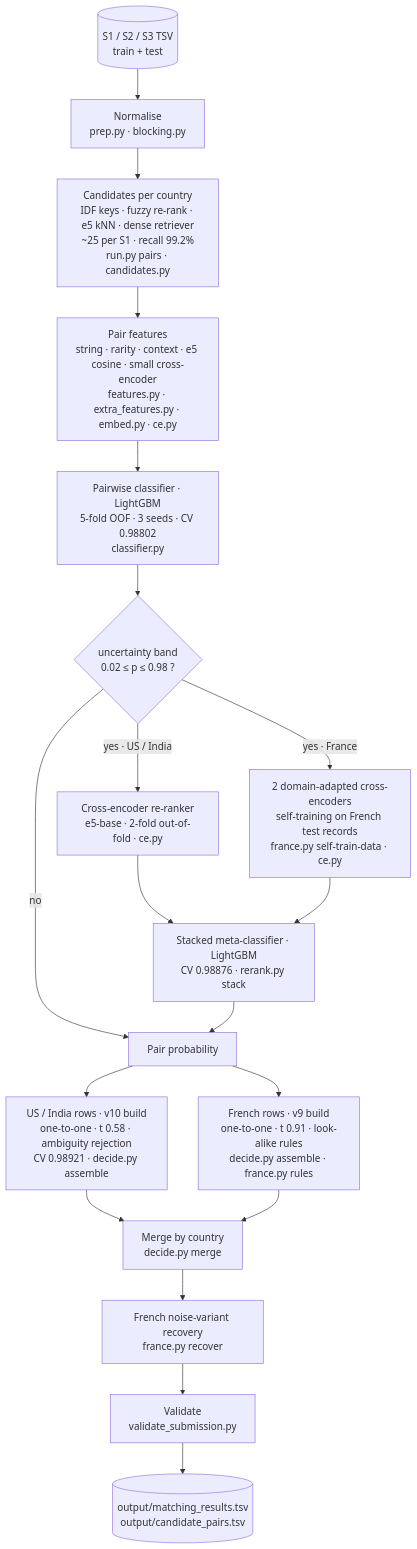
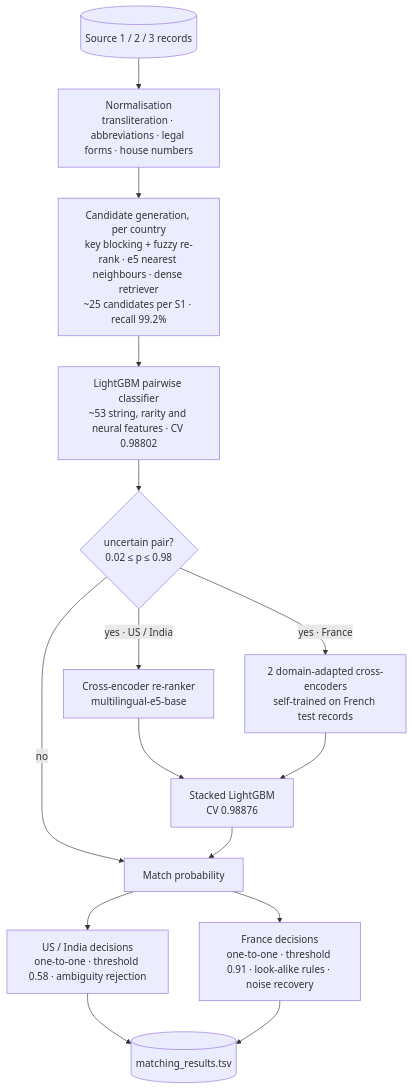
The diagram in code/business_entity_resolution/README.md (Martial-Gautam/Amazon-ML-Challenge-2026), drawn with Mermaid before and after one commit. The commit also changed other lines of this file and 1 other file, not shown here.

````diff
--- a/code/business_entity_resolution/README.md
+++ b/code/business_entity_resolution/README.md
@@ -143,21 +89,17 @@
 ```mermaid
 flowchart TD
-    A[("S1 / S2 / S3 TSV<br/>train + test")] --> B["Normalise<br/>prep.py · blocking.py"]
-    B --> C["Candidates per country<br/>IDF keys · fuzzy re-rank · e5 kNN · dense retriever<br/>~25 per S1 · recall 99.2%<br/>run.py pairs · candidates.py"]
-    C --> D["Pair features<br/>string · rarity · context · e5 cosine · small cross-encoder<br/>features.py · extra_features.py · embed.py · ce.py"]
-    D --> E["Pairwise classifier · LightGBM<br/>5-fold OOF · 3 seeds · CV 0.98802<br/>classifier.py"]
-    E --> F{"uncertainty band<br/>0.02 ≤ p ≤ 0.98 ?"}
-    F -- "no" --> K["Pair probability"]
-    F -- "yes · US / India" --> G["Cross-encoder re-ranker<br/>e5-base · 2-fold out-of-fold · ce.py"]
-    F -- "yes · France" --> H["2 domain-adapted cross-encoders<br/>self-training on French test records<br/>france.py self-train-data · ce.py"]
-    G --> I["Stacked meta-classifier · LightGBM<br/>CV 0.98876 · rerank.py stack"]
+    A[("Source 1 / 2 / 3 records")] --> B["Normalisation<br/>transliteration · abbreviations · legal forms · house numbers"]
+    B --> C["Candidate generation, per country<br/>key blocking + fuzzy re-rank · e5 nearest neighbours · dense retriever<br/>~25 candidates per S1 · recall 99.2%"]
+    C --> D["LightGBM pairwise classifier<br/>~53 string, rarity and neural features · CV 0.98802"]
+    D --> F{"uncertain pair?<br/>0.02 ≤ p ≤ 0.98"}
+    F -- "no" --> K["Match probability"]
+    F -- "yes · US / India" --> G["Cross-encoder re-ranker<br/>multilingual-e5-base"]
+    F -- "yes · France" --> H["2 domain-adapted cross-encoders<br/>self-trained on French test records"]
+    G --> I["Stacked LightGBM<br/>CV 0.98876"]
     H --> I
     I --> K
-    K --> L["US / India rows · v10 build<br/>one-to-one · t 0.58 · ambiguity rejection<br/>CV 0.98921 · decide.py assemble"]
-    K --> M["French rows · v9 build<br/>one-to-one · t 0.91 · look-alike rules<br/>decide.py assemble · france.py rules"]
-    L --> N["Merge by country<br/>decide.py merge"]
-    M --> N
-    N --> R["French noise-variant recovery<br/>france.py recover"]
-    R --> V["Validate<br/>validate_submission.py"]
-    V --> O[("output/matching_results.tsv<br/>output/candidate_pairs.tsv")]
+    K --> L["US / India decisions<br/>one-to-one · threshold 0.58 · ambiguity rejection"]
+    K --> M["France decisions<br/>one-to-one · threshold 0.91 · look-alike rules · noise recovery"]
+    L --> O[("matching_results.tsv")]
+    M --> O
 ```
````
